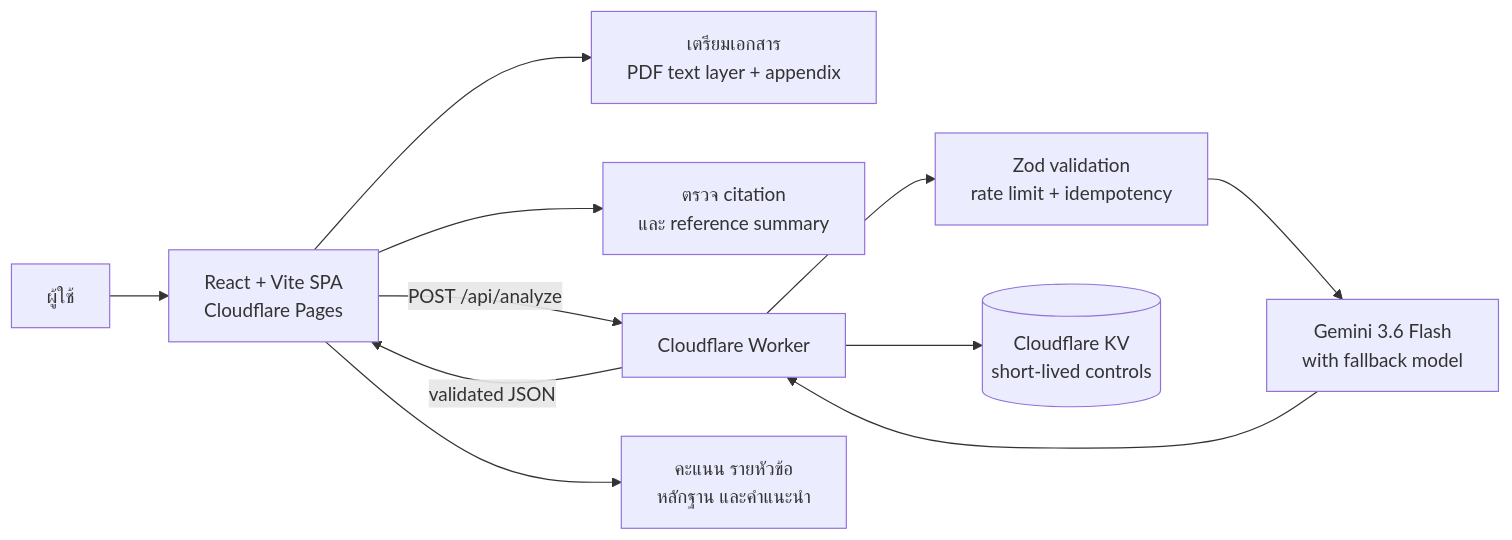
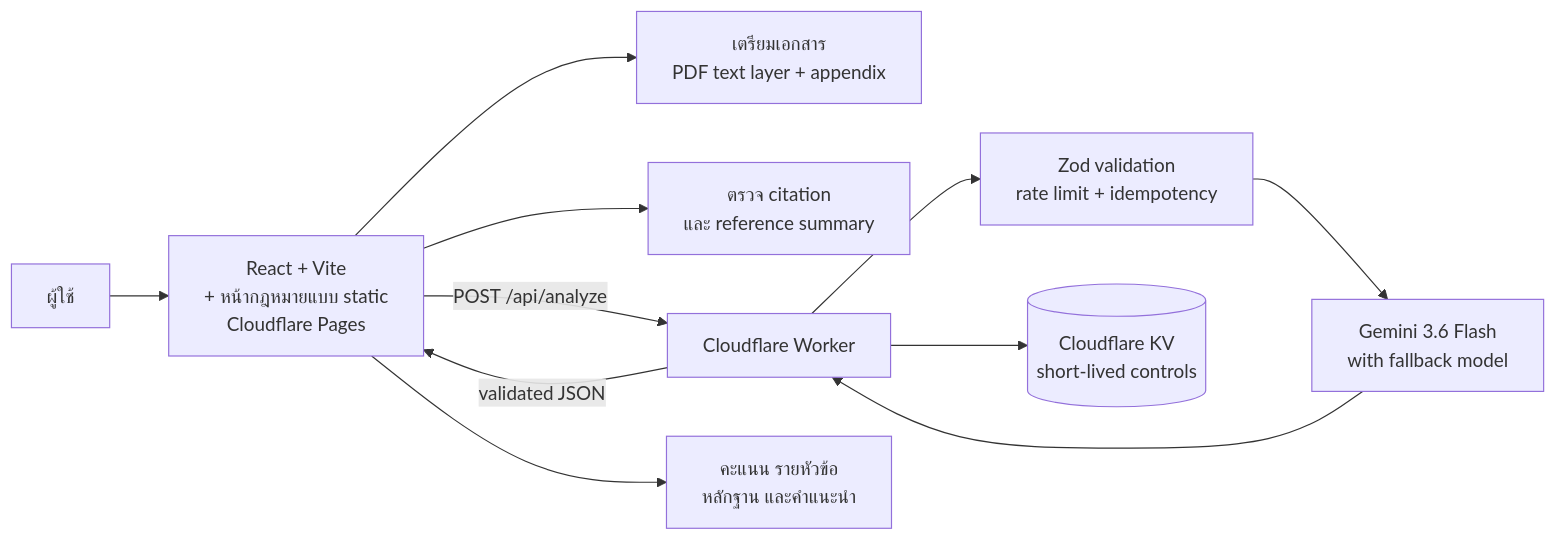
The diagram in README.th.md (WayuOHm99/report-checker-ai), drawn with Mermaid before and after one commit. The commit also changed other lines of this file and 28 other files, not shown here.

````diff
--- a/README.th.md
+++ b/README.th.md
@@ -65,13 +65,13 @@
 ```mermaid
 flowchart LR
-  U[ผู้ใช้] --> FE[React + Vite SPA\nCloudflare Pages]
+  U[ผู้ใช้] --> FE[React + Vite\n+ หน้ากฎหมายแบบ static\nCloudflare Pages]
   FE --> DOC[เตรียมเอกสาร\nPDF text layer + appendix]
   FE --> REF[ตรวจ citation\nและ reference summary]
   FE -->|POST /api/analyze| W[Cloudflare Worker]
   W --> V[Zod validation\nrate limit + idempotency]
   V --> AI[Gemini 3.6 Flash\nwith fallback model]
   W --> KV[(Cloudflare KV\nshort-lived controls)]
   AI --> W
   W -->|validated JSON| FE
   FE --> R[คะแนน รายหัวข้อ\nหลักฐาน และคำแนะนำ]
 ```
````
